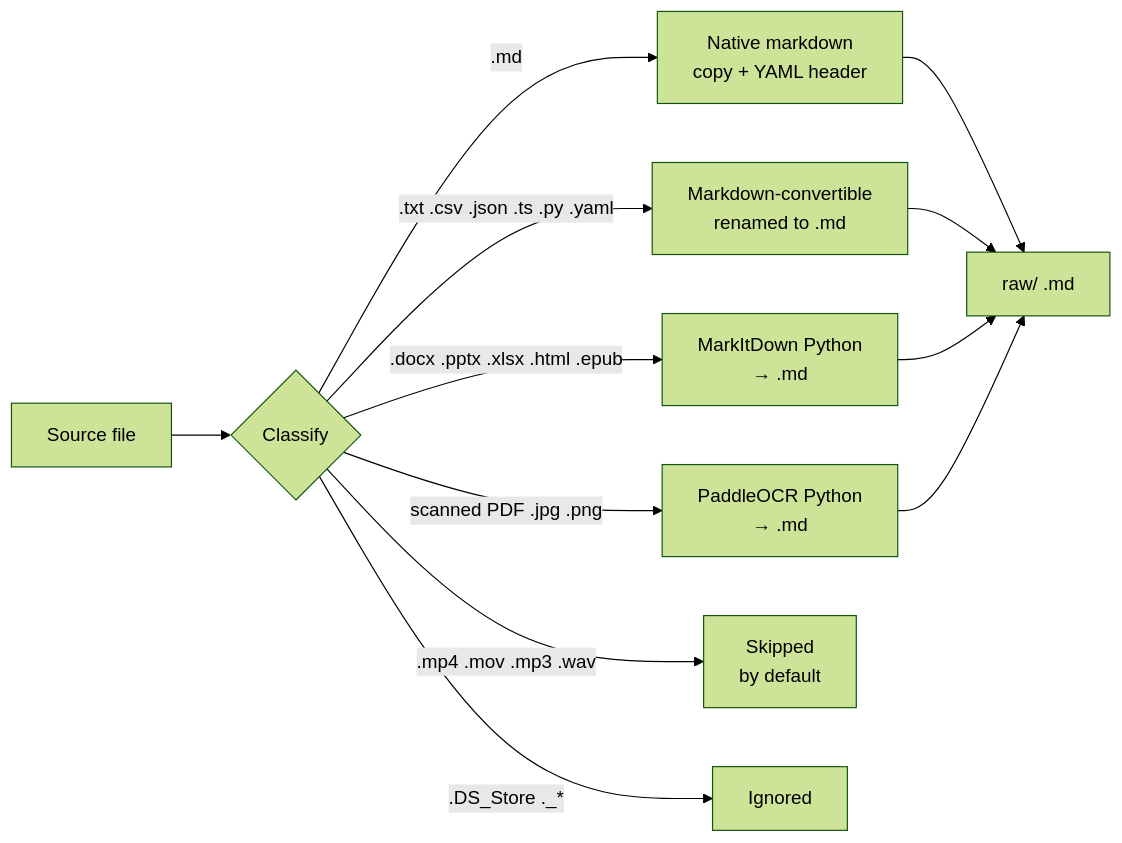
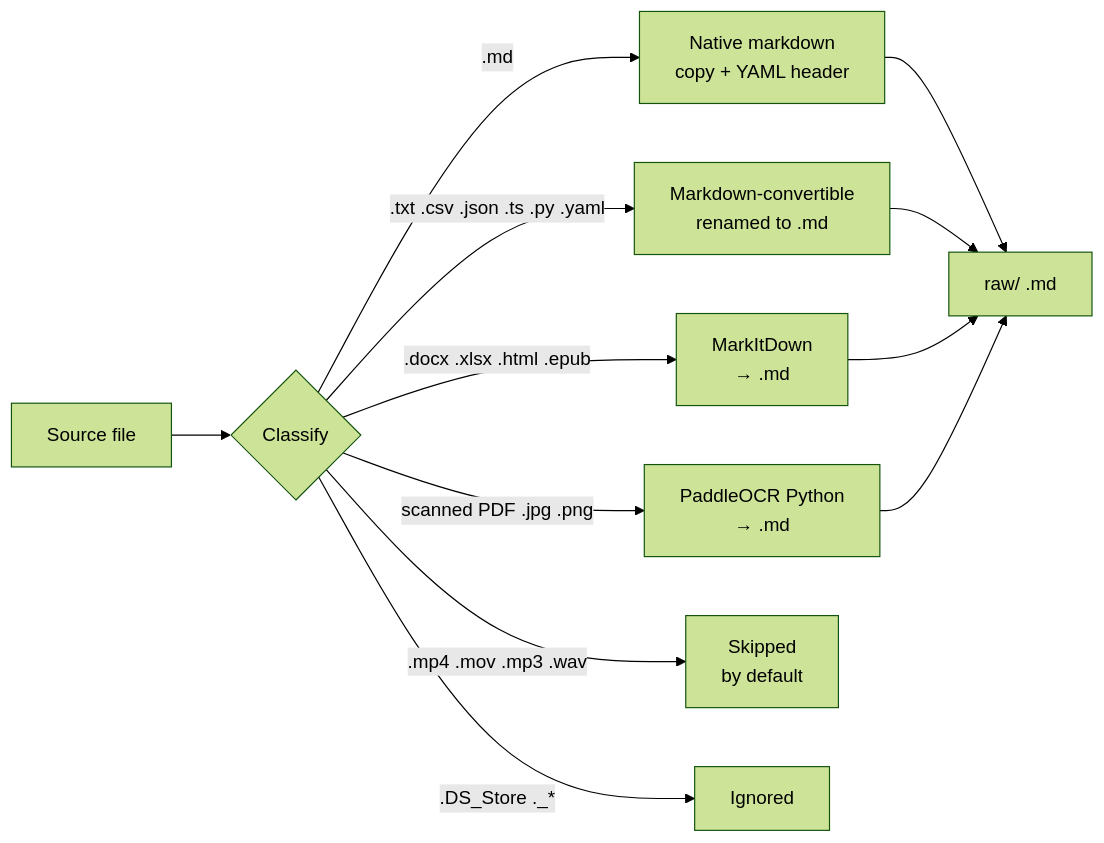
One commit to TommasoPrinetti/spinosa changed the seventh of 9 diagrams in workspace-template/docs/diagrams.md. Above: the diagram before and after it, drawn with Mermaid (forest theme). The commit also changed other lines of this file and 100 other files, not shown here.

````diff
--- a/workspace-template/docs/diagrams.md
+++ b/workspace-template/docs/diagrams.md
@@ -245,12 +245,12 @@
 ```mermaid
 flowchart LR
     SRC[Source file] --> CLASS{Classify}
     CLASS -->|.md| NATIVE[Native markdown\ncopy + YAML header]
     CLASS -->|.txt .csv .json .ts .py .yaml| MD_CONV[Markdown-convertible\nrenamed to .md]
-    CLASS -->|.docx .pptx .xlsx .html .epub| MKD2[MarkItDown Python\n→ .md]
+    CLASS -->|.docx .xlsx .html .epub| MKD2[MarkItDown\n→ .md]
     CLASS -->|scanned PDF .jpg .png| OCR2[PaddleOCR Python\n→ .md]
     CLASS -->|.mp4 .mov .mp3 .wav| SKIP2[Skipped\nby default]
     CLASS -->|.DS_Store ._*| IGNORE[Ignored]
 
     NATIVE & MD_CONV & MKD2 & OCR2 --> RAW3[raw/ .md]
 ```
````
